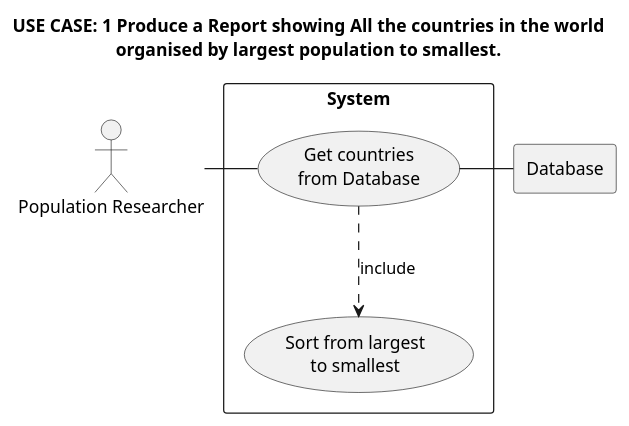
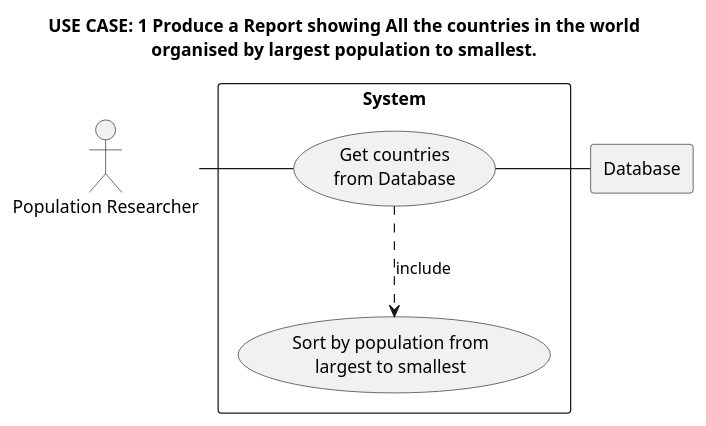
The diagram in use-cases/diagram1.puml (TDTM9001/sem), drawn with PlantUML before and after one commit.

Commit message:
Added UML use case diagram

```diff
--- a/use-cases/diagram1.puml
+++ b/use-cases/diagram1.puml
@@ -1,24 +1,24 @@
 @startuml
 
 title
 USE CASE: 1 Produce a Report showing All the countries in the world
 organised by largest population to smallest.
 end title
 
 actor PR as "Population Researcher"
 
 rectangle Database
 
 rectangle "System" {
     usecase UC1 as "Get countries
     from Database"
 
-    usecase UCa as "Sort from largest
-    to smallest"
+    usecase UCa as "Sort by population from
+    largest to smallest"
 
     PR - UC1
     UC1 ..> UCa : include
     UC1 - Database
 }
 
 @enduml
```
